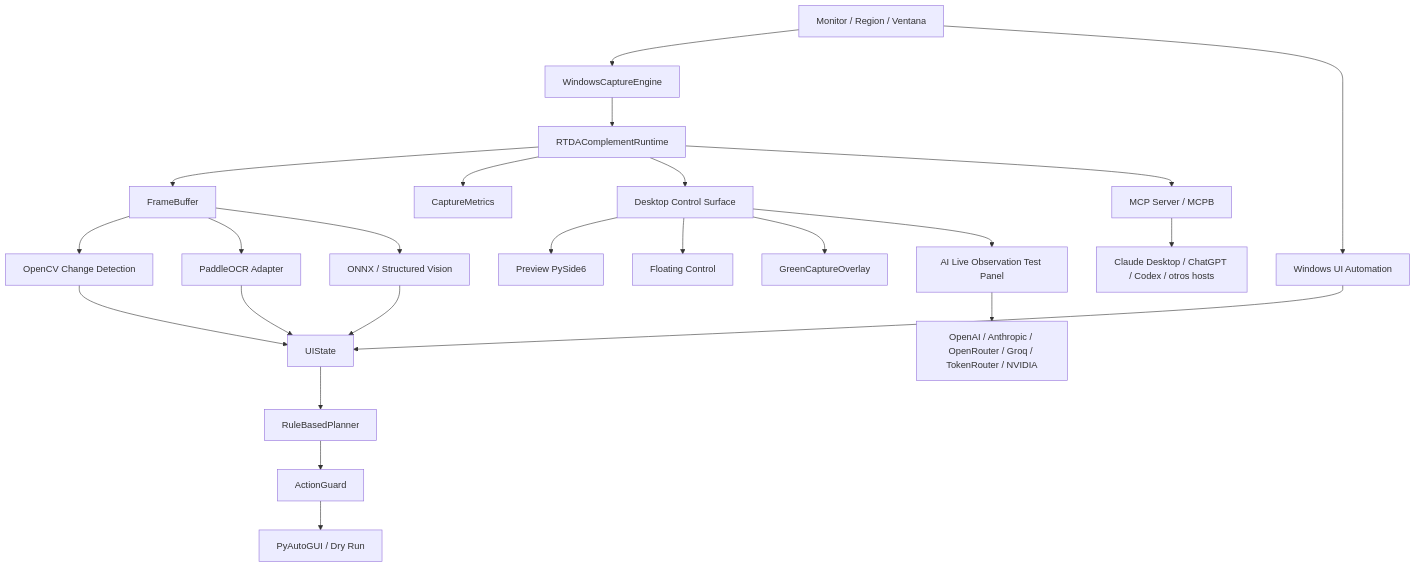
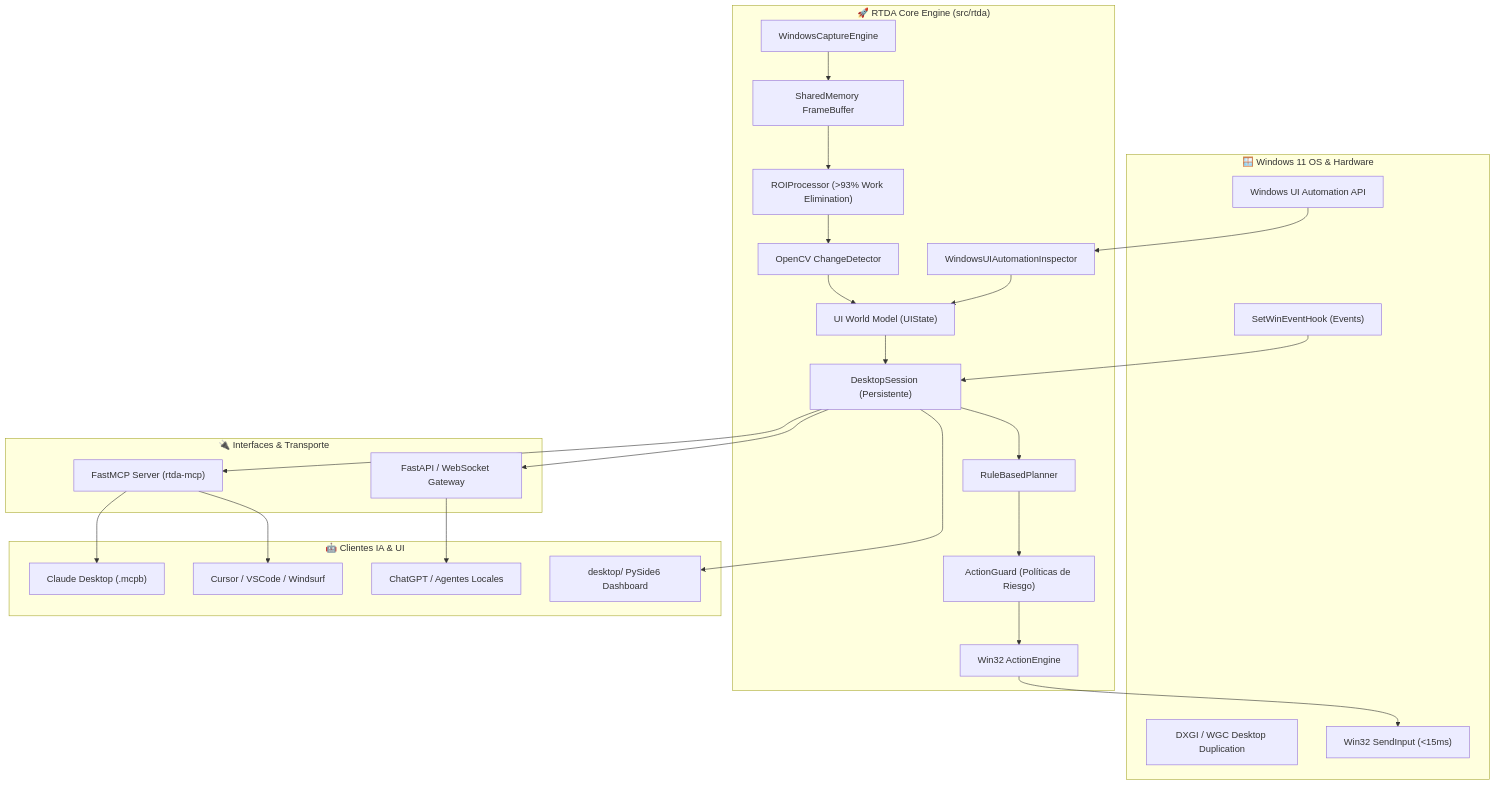
The diagram in docs/architecture.md (Adan0423/real-time-desktop-agent), drawn with Mermaid before and after one commit. The commit also changed other lines of this file and 24 other files, not shown here.

Commit message:
docs: add architectural documentation and MCP API specifications while updating contribution guidelines.

````diff
--- a/docs/architecture.md
+++ b/docs/architecture.md
@@ -22,26 +23,38 @@
 ```mermaid
 flowchart TD
-    Input["Monitor / Region / Ventana"] --> Capture["WindowsCaptureEngine"]
-    Capture --> Runtime["RTDAComplementRuntime"]
-    Runtime --> Buffer["FrameBuffer"]
-    Runtime --> Metrics["CaptureMetrics"]
-    Runtime --> Desktop["Desktop Control Surface"]
-    Runtime --> MCP["MCP Server / MCPB"]
-    Desktop --> Preview["Preview PySide6"]
-    Desktop --> Floating["Floating Control"]
-    Desktop --> Overlay["GreenCaptureOverlay"]
-    Desktop --> AI["AI Live Observation Test Panel"]
-    Buffer --> Change["OpenCV Change Detection"]
-    Input --> UIA["Windows UI Automation"]
-    Buffer --> OCR["PaddleOCR Adapter"]
-    Buffer --> Vision["ONNX / Structured Vision"]
-    Change --> State["UIState"]
-    UIA --> State
-    OCR --> State
-    Vision --> State
-    State --> Planner["RuleBasedPlanner"]
-    Planner --> Guard["ActionGuard"]
-    Guard --> Executor["PyAutoGUI / Dry Run"]
-    MCP --> Hosts["Claude Desktop / ChatGPT / Codex / otros hosts"]
-    AI --> Providers["OpenAI / Anthropic / OpenRouter / Groq / TokenRouter / NVIDIA"]
+    subgraph KERNEL ["🪟 Windows 11 OS & Hardware"]
+        DXGI["DXGI / WGC Desktop Duplication"]
+        WinEvents["SetWinEventHook (Events)"]
+        SendInput["Win32 SendInput (<15ms)"]
+        UIA_Win["Windows UI Automation API"]
+    end
+
+    subgraph ENGINE ["🚀 RTDA Core Engine (src/rtda)"]
+        CaptureEngine["WindowsCaptureEngine"] --> FrameBuffer["SharedMemory FrameBuffer"]
+        FrameBuffer --> ROI["ROIProcessor (>93% Work Elimination)"]
+        ROI --> OpenCV["OpenCV ChangeDetector"]
+        UIA_Win --> UIAInspector["WindowsUIAutomationInspector"]
+        OpenCV --> UIState["UI World Model (UIState)"]
+        UIAInspector --> UIState
+
+        UIState --> Session["DesktopSession (Persistente)"]
+        WinEvents --> Session
+
+        Session --> Planner["RuleBasedPlanner"]
+        Planner --> Guard["ActionGuard (Políticas de Riesgo)"]
+        Guard --> Win32Engine["Win32 ActionEngine"]
+        Win32Engine --> SendInput
+    end
+
+    subgraph INTERFACES ["🔌 Interfaces & Transporte"]
+        Session --> MCPServer["FastMCP Server (rtda-mcp)"]
+        Session --> RESTGateway["FastAPI / WebSocket Gateway"]
+    end
+
+    subgraph CLIENTS ["🤖 Clientes IA & UI"]
+        MCPServer --> Claude["Claude Desktop (.mcpb)"]
+        MCPServer --> IDEs["Cursor / VSCode / Windsurf"]
+        RESTGateway --> WebApps["ChatGPT / Agentes Locales"]
+        Session --> DesktopGUI["desktop/ PySide6 Dashboard"]
+    end
 ```
````
